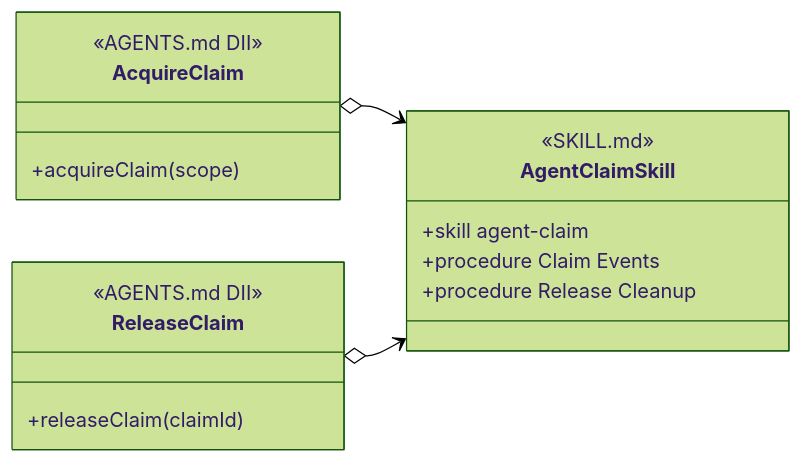
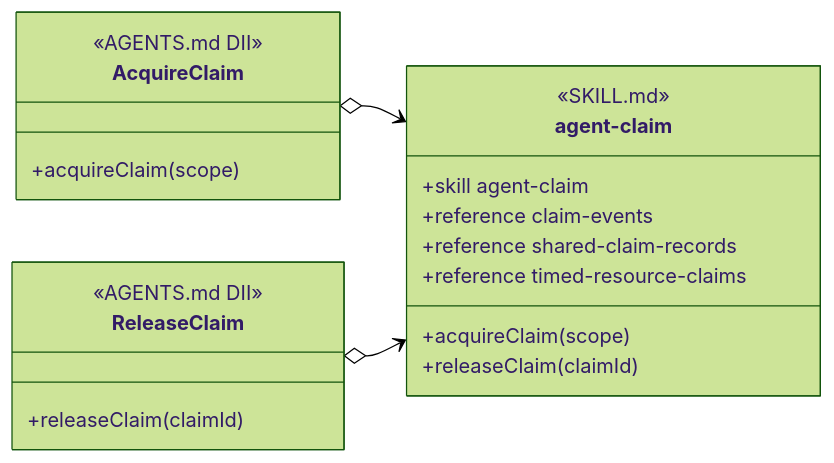
One commit to martinbechard/dev-methodology changed the eighth of 11 diagrams in design/object-oriented-agent-and-skill-model.md. Above: the diagram before and after it, drawn with Mermaid (forest theme). The commit also changed other lines of this file and 2 other files, not shown here.

Commit message:
Refine skill anatomy modeling

````diff
--- a/design/object-oriented-agent-and-skill-model.md
+++ b/design/object-oriented-agent-and-skill-model.md
@@ -410,24 +486,27 @@
 ```mermaid
 classDiagram
     direction LR
 
     class AcquireClaim {
         <<AGENTS.md DII>>
         +acquireClaim(scope)
     }
 
     class ReleaseClaim {
         <<AGENTS.md DII>>
         +releaseClaim(claimId)
     }
 
-    class AgentClaimSkill {
+    class agent-claim {
         <<SKILL.md>>
         +skill agent-claim
-        +procedure Claim Events
-        +procedure Release Cleanup
+        +acquireClaim(scope)
+        +releaseClaim(claimId)
+        +reference claim-events
+        +reference shared-claim-records
+        +reference timed-resource-claims
     }
 
-    AcquireClaim o--> AgentClaimSkill
-    ReleaseClaim o--> AgentClaimSkill
+    AcquireClaim o--> agent-claim
+    ReleaseClaim o--> agent-claim
 ```
````
